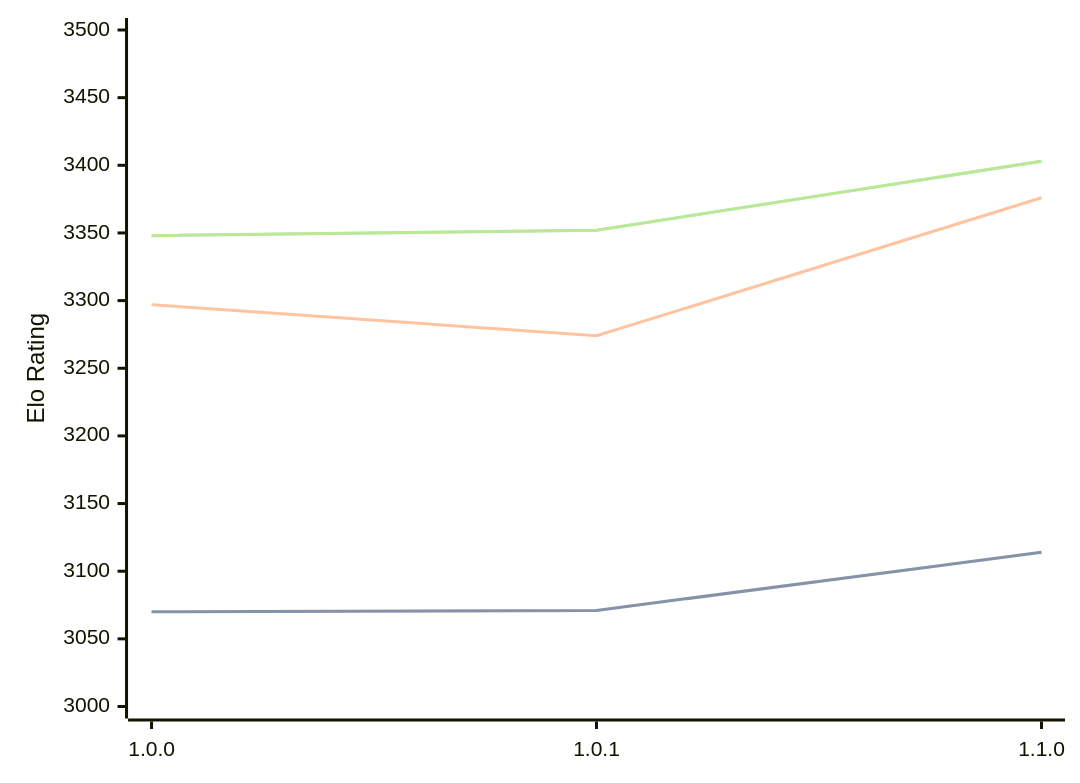
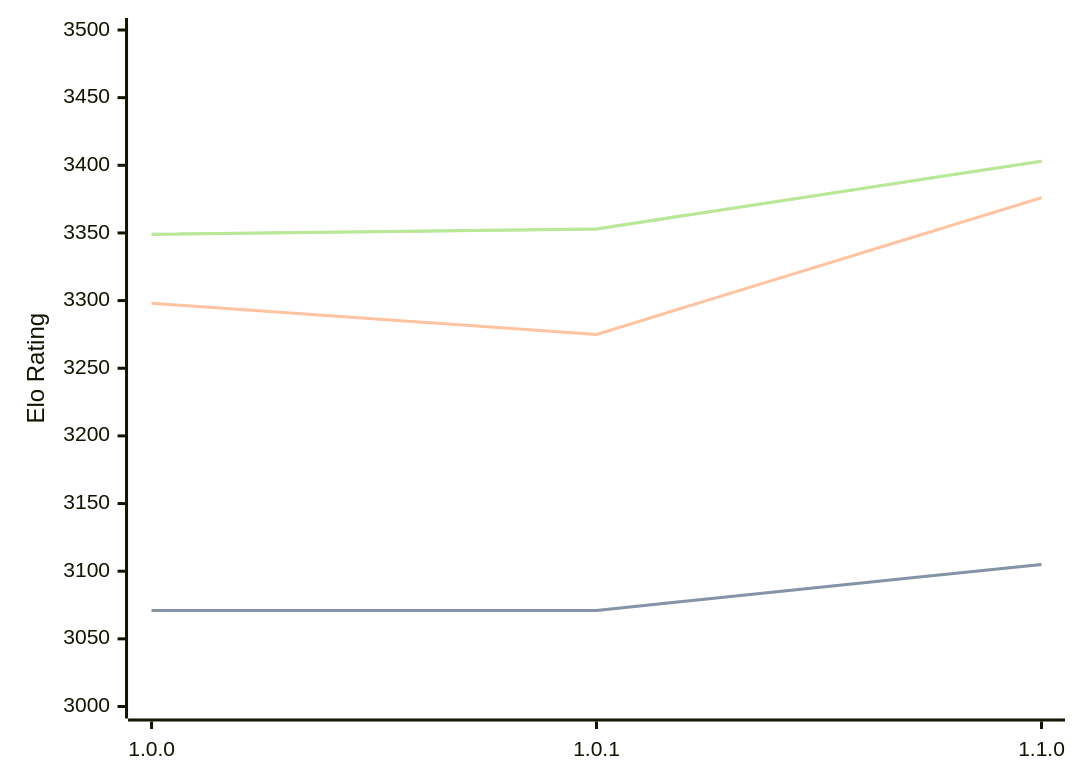
One commit to computer-chess-index/cci changed the diagram in engines/Ursus.md. Above: the diagram before and after it, drawn with Mermaid. The commit also changed other lines of this file, not shown here.

Commit message:
Update CCI Ratings (ELO VLTC) - 2026-09-14

````diff
--- a/engines/Ursus.md
+++ b/engines/Ursus.md
@@ -33,11 +33,11 @@
 ```mermaid
 %%{init: {"theme":"base","themeVariables":{"seriesColors:['#a3a3a3','#222221','#faa371']}}}%%
 xychart-beta
   x-axis ["1.0.0", "1.0.1", "1.1.0"]
   y-axis "Elo Rating" 3000 --> 3500
-  line "" [3070, 3071, 3114]
-  line "STC (8.0+0.08s)" [3070, 3071, 3114]
-  line "LTC (60.0+0.60s)" [3297, 3274, 3376]
-  line "" [3348, 3352, 3403]
-  line "VLTC (2m24s+1.12s)" [3348, 3352, 3403]
+  line "" [3071, 3071, 3105]
+  line "STC (8.0+0.08s)" [3071, 3071, 3105]
+  line "LTC (60.0+0.60s)" [3298, 3275, 3376]
+  line "" [3349, 3353, 3403]
+  line "VLTC (2m24s+1.12s)" [3349, 3353, 3403]
 ```
````
